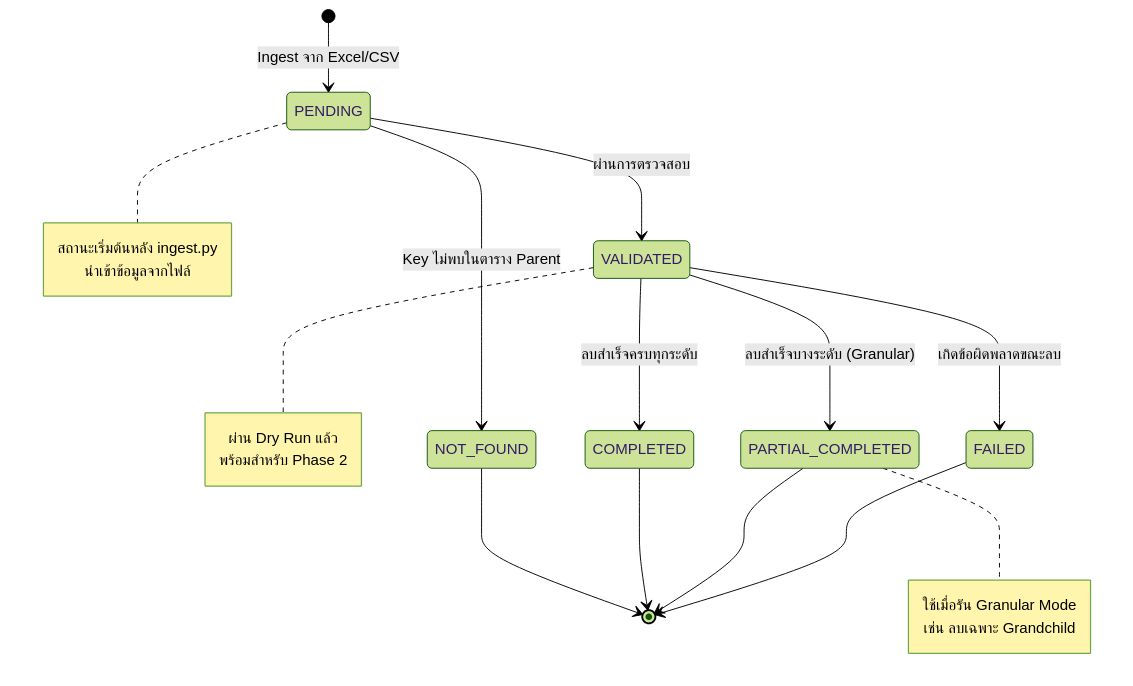
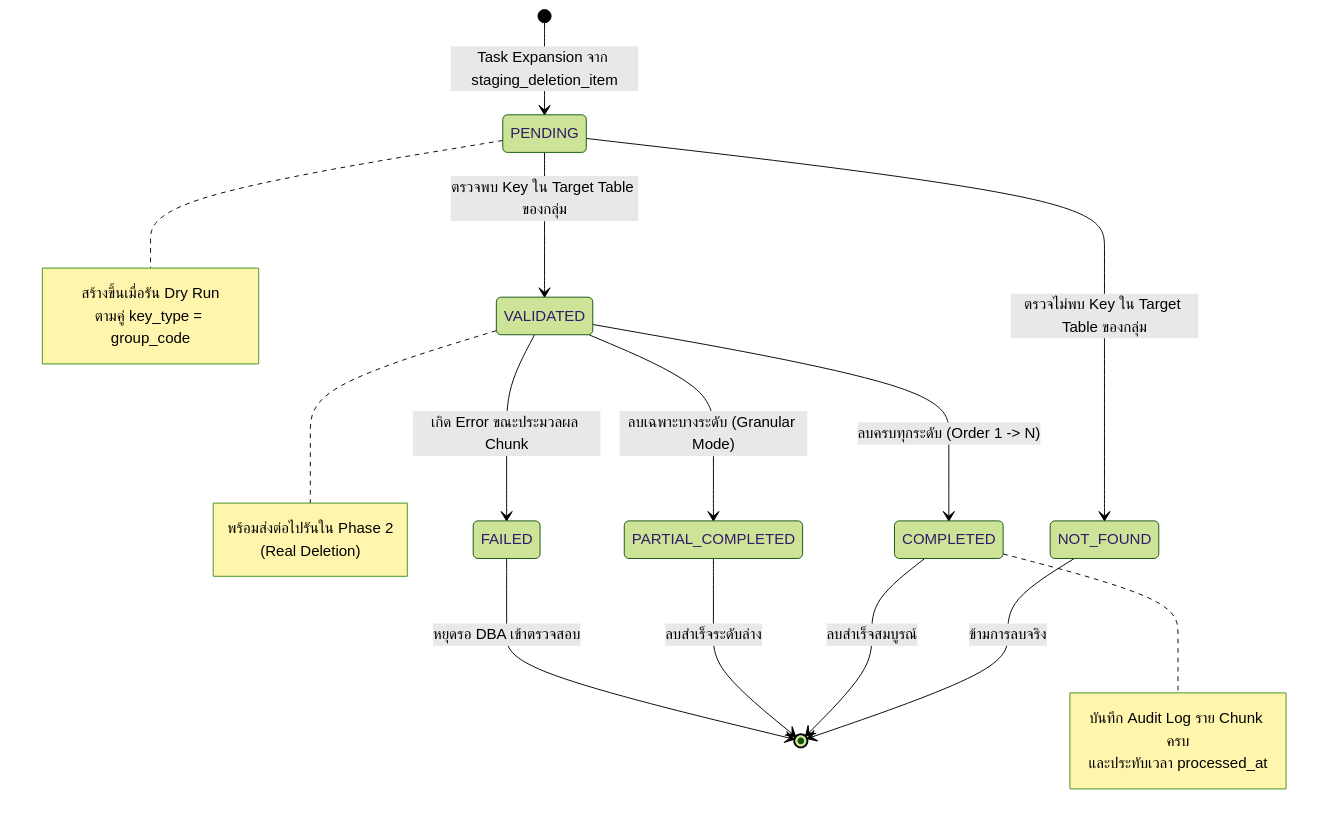
One commit to Kullapan/data-deletion changed the fourth of 4 diagrams in docs/TECHNICAL_SPEC.md. Above: the diagram before and after it, drawn with Mermaid (forest theme). The commit also changed other lines of this file and 16 other files, not shown here.

````diff
--- a/docs/TECHNICAL_SPEC.md
+++ b/docs/TECHNICAL_SPEC.md
@@ -198,31 +219,31 @@
 ```mermaid
 stateDiagram-v2
-    [*] --> PENDING: Ingest จาก Excel/CSV
+    [*] --> PENDING: Task Expansion จาก staging_deletion_item
 
-    PENDING --> NOT_FOUND: Key ไม่พบในตาราง Parent
-    PENDING --> VALIDATED: ผ่านการตรวจสอบ
+    PENDING --> NOT_FOUND: ตรวจไม่พบ Key ใน Target Table ของกลุ่ม
+    PENDING --> VALIDATED: ตรวจพบ Key ใน Target Table ของกลุ่ม
 
-    VALIDATED --> COMPLETED: ลบสำเร็จครบทุกระดับ
-    VALIDATED --> PARTIAL_COMPLETED: ลบสำเร็จบางระดับ (Granular)
-    VALIDATED --> FAILED: เกิดข้อผิดพลาดขณะลบ
+    VALIDATED --> COMPLETED: ลบครบทุกระดับ (Order 1 -> N)
+    VALIDATED --> PARTIAL_COMPLETED: ลบเฉพาะบางระดับ (Granular Mode)
+    VALIDATED --> FAILED: เกิด Error ขณะประมวลผล Chunk
 
-    NOT_FOUND --> [*]
-    COMPLETED --> [*]
-    PARTIAL_COMPLETED --> [*]
-    FAILED --> [*]
+    NOT_FOUND --> [*]: ข้ามการลบจริง
+    COMPLETED --> [*]: ลบสำเร็จสมบูรณ์
+    PARTIAL_COMPLETED --> [*]: ลบสำเร็จระดับล่าง
+    FAILED --> [*]: หยุดรอ DBA เข้าตรวจสอบ
 
     note right of PENDING
-        สถานะเริ่มต้นหลัง ingest.py
-        นำเข้าข้อมูลจากไฟล์
+        สร้างขึ้นเมื่อรัน Dry Run
+        ตามคู่ key_type = group_code
     end note
 
     note right of VALIDATED
-        ผ่าน Dry Run แล้ว
-        พร้อมสำหรับ Phase 2
+        พร้อมส่งต่อไปรันใน Phase 2
+        (Real Deletion)
     end note
 
-    note right of PARTIAL_COMPLETED
-        ใช้เมื่อรัน Granular Mode
-        เช่น ลบเฉพาะ Grandchild
+    note right of COMPLETED
+        บันทึก Audit Log ราย Chunk ครบ
+        และประทับเวลา processed_at
     end note
 ```
````
